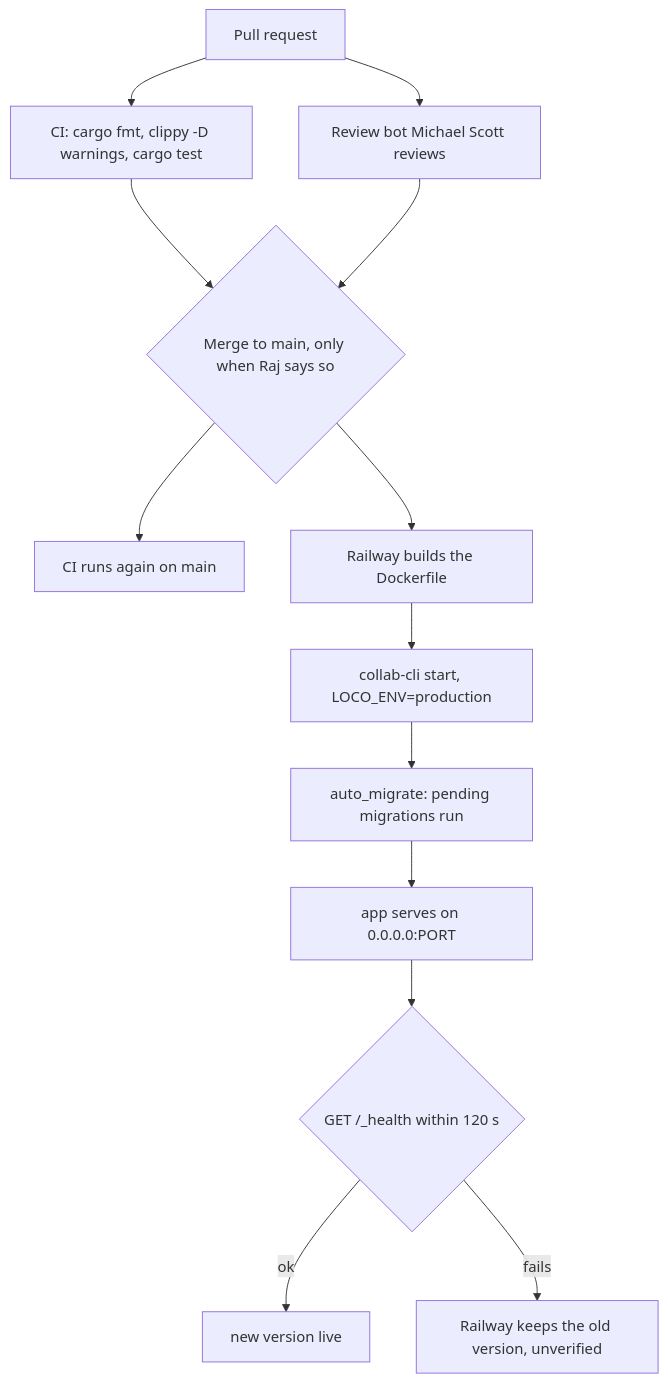
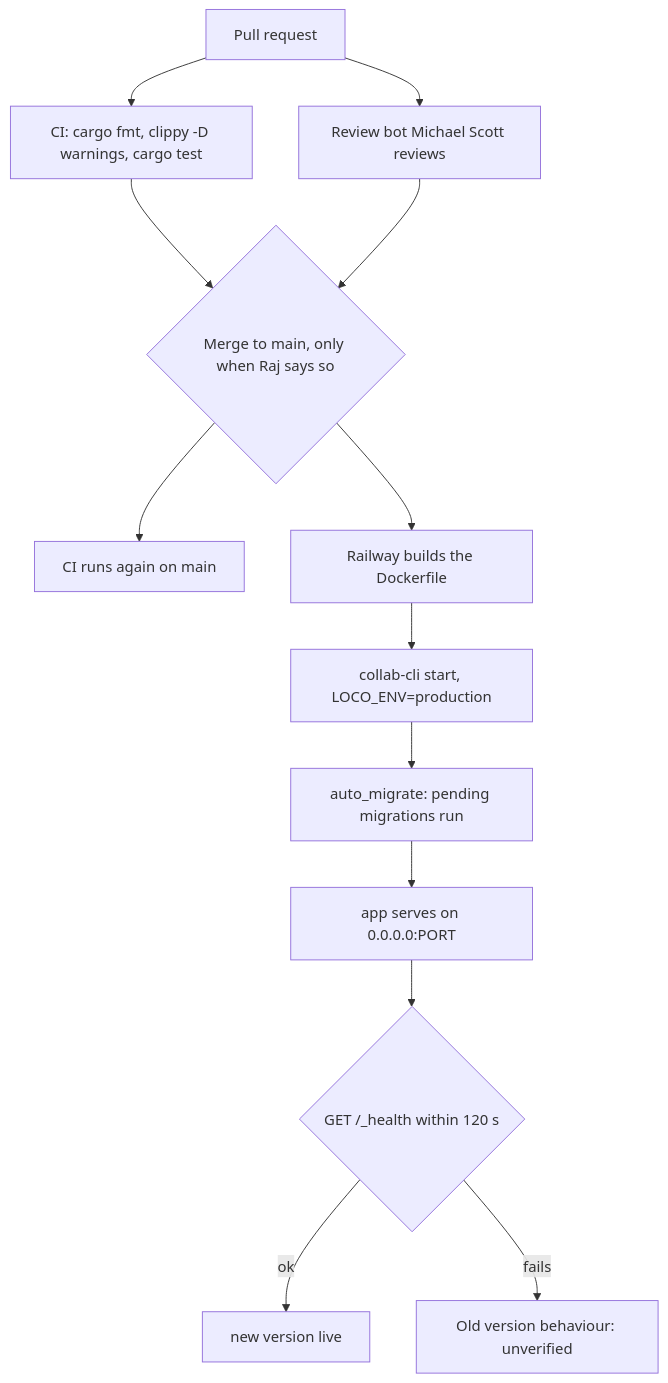
One commit to rajgurung/collaboration_tool changed the diagram in docs/flows/deploy.md. Above: the diagram before and after it, drawn with Mermaid. The commit also changed other lines of this file and 1 other file, not shown here.

````diff
--- a/docs/flows/deploy.md
+++ b/docs/flows/deploy.md
@@ -9,15 +9,15 @@
 ```mermaid
 flowchart TD
     PR[Pull request] --> CI[CI: cargo fmt, clippy -D warnings, cargo test]
     PR --> Bot[Review bot Michael Scott reviews]
     CI --> Merge{Merge to main, only when Raj says so}
     Bot --> Merge
     Merge --> CI2[CI runs again on main]
     Merge --> Build[Railway builds the Dockerfile]
     Build --> Start[collab-cli start, LOCO_ENV=production]
     Start --> Mig[auto_migrate: pending migrations run]
     Mig --> Serve[app serves on 0.0.0.0:PORT]
     Serve --> Health{GET /_health within 120 s}
     Health -->|ok| Live[new version live]
-    Health -->|fails| Old[Railway keeps the old version, unverified]
+    Health -->|fails| Old[Old version behaviour: unverified]
 ```
````
